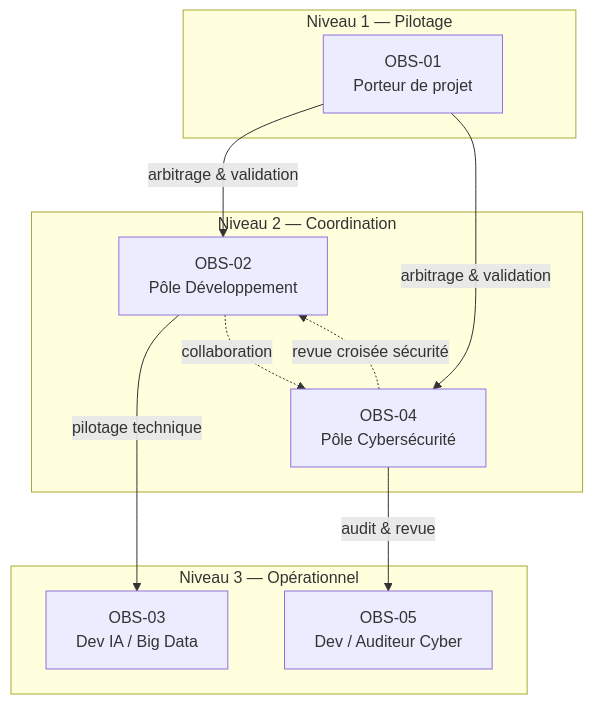
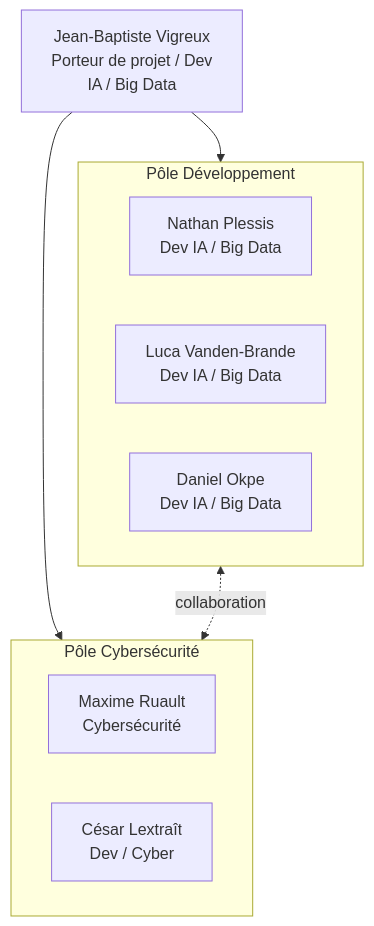
One commit to lucavdb06/flowlearn changed the first of 3 diagrams in 1-document/projet/2-en-cours/structure-organisation/schema-obs.md. Above: the diagram before and after it, drawn with Mermaid. The commit also changed other lines of this file and 1 other file, not shown here.

Commit message:
modification gestion des risques + schéma OBS

````diff
--- a/1-document/projet/2-en-cours/structure-organisation/schema-obs.md
+++ b/1-document/projet/2-en-cours/structure-organisation/schema-obs.md
@@ -88,23 +83,19 @@
 ```mermaid
 flowchart TB
-  subgraph N1["Niveau 1 — Pilotage"]
-    PP["OBS-01<br/>Porteur de projet"]
+  JB["Jean-Baptiste Vigreux<br/>Porteur de projet / Dev<br/>IA / Big Data"]
+
+  subgraph dev["Pôle Développement"]
+    NT["Nathan Plessis<br/>Dev IA / Big Data"]
+    LC["Luca Vanden-Brande<br/>Dev IA / Big Data"]
+    DN["Daniel Okpe<br/>Dev IA / Big Data"]
   end
 
-  subgraph N2["Niveau 2 — Coordination"]
-    DEV["OBS-02<br/>Pôle Développement"]
-    CYBER["OBS-04<br/>Pôle Cybersécurité"]
+  subgraph cyber["Pôle Cybersécurité"]
+    MX["Maxime Ruault<br/>Cybersécurité"]
+    CS["César Lextraît<br/>Dev / Cyber"]
   end
 
-  subgraph N3["Niveau 3 — Opérationnel"]
-    DEVIA["OBS-03<br/>Dev IA / Big Data"]
-    DEVCYBER["OBS-05<br/>Dev / Auditeur Cyber"]
-  end
-
-  PP -->|arbitrage & validation| DEV
-  PP -->|arbitrage & validation| CYBER
-  DEV -->|pilotage technique| DEVIA
-  CYBER -->|audit & revue| DEVCYBER
-  CYBER -.->|revue croisée sécurité| DEV
-  DEV -.->|collaboration| CYBER
+  JB --> dev
+  JB --> cyber
+  dev <-.->|collaboration| cyber
 ```
````
